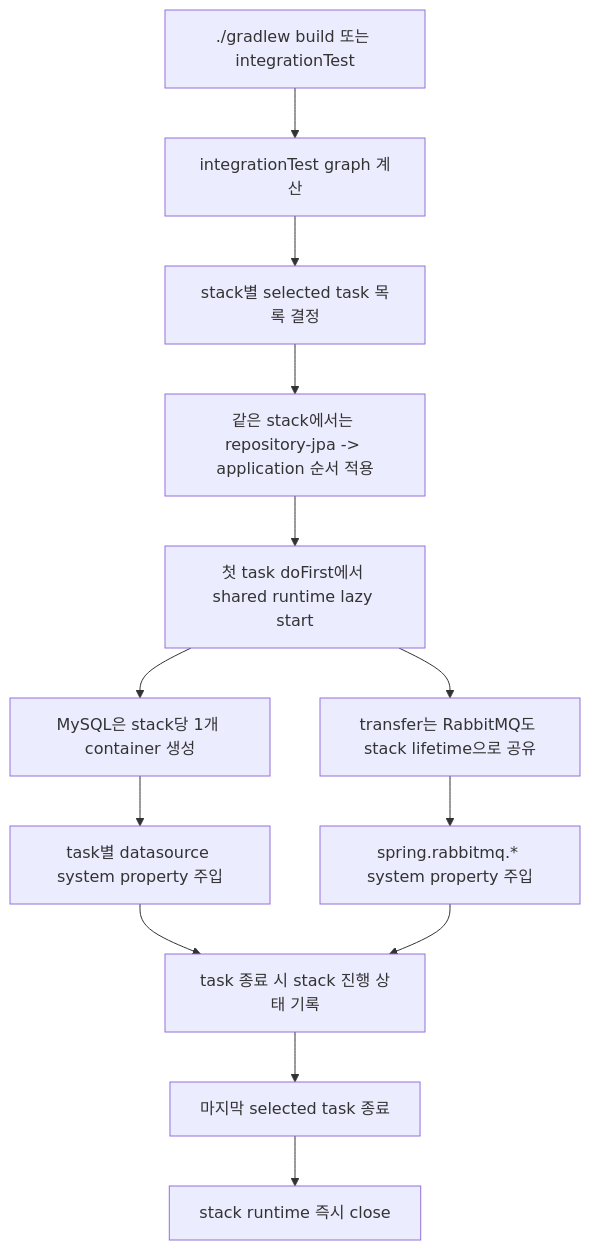
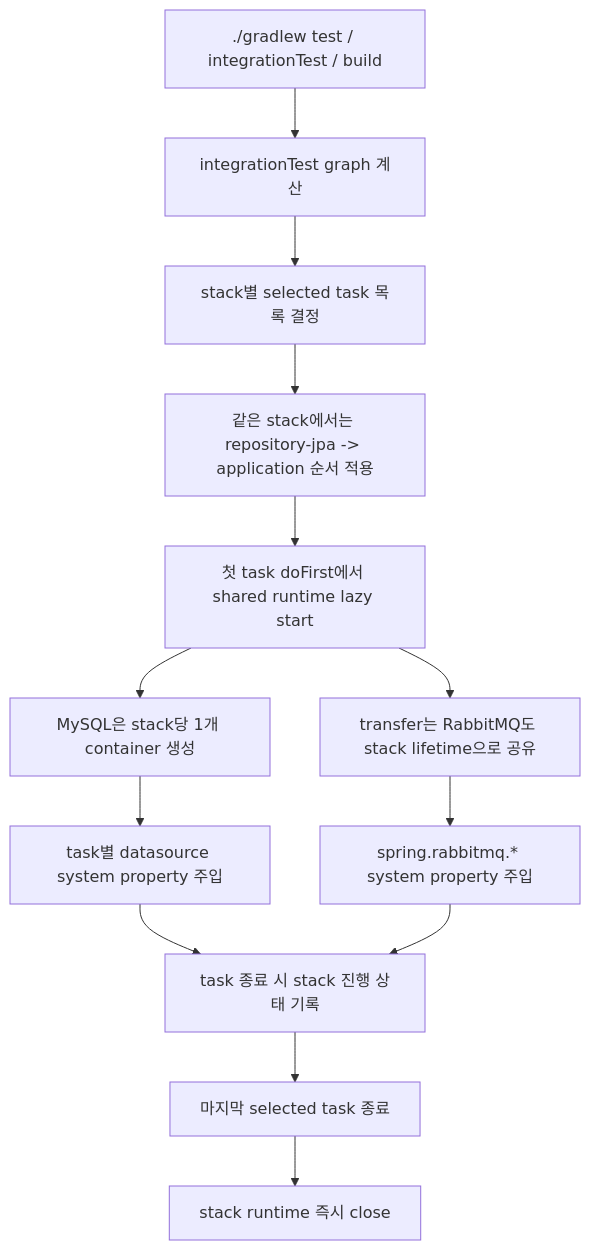
One commit to YeaChan05/Remittance changed the diagram in docs/gradle-build-performance.md. Above: the diagram before and after it, drawn with Mermaid. The commit also changed other lines of this file and 11 other files, not shown here.

````diff
--- a/docs/gradle-build-performance.md
+++ b/docs/gradle-build-performance.md
@@ -136,15 +159,15 @@
 ```mermaid
 flowchart TD
-    A["./gradlew build 또는 integrationTest"] --> B["integrationTest graph 계산"]
+    A["./gradlew test / integrationTest / build"] --> B["integrationTest graph 계산"]
     B --> C["stack별 selected task 목록 결정"]
     C --> D["같은 stack에서는 repository-jpa -> application 순서 적용"]
     D --> E["첫 task doFirst에서 shared runtime lazy start"]
     E --> F["MySQL은 stack당 1개 container 생성"]
     E --> G["transfer는 RabbitMQ도 stack lifetime으로 공유"]
     F --> H["task별 datasource system property 주입"]
     G --> I["spring.rabbitmq.* system property 주입"]
     H --> J["task 종료 시 stack 진행 상태 기록"]
     I --> J
     J --> K["마지막 selected task 종료"]
     K --> L["stack runtime 즉시 close"]
 ```
````
